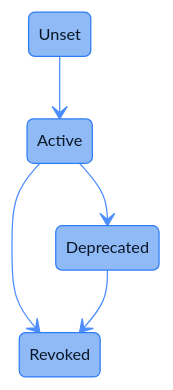
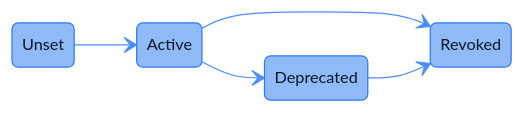
Before and after one commit to FhenixProtocol/fhenix-developer-docs: the diagram in deep-dive/cofhe-components/commitment-registry.mdx, drawn with Mermaid. The commit also changed other lines of this file, not shown here.

Commit message:
[DOCS] deep-dive/commitment-registry: reframe commitments as safety check and auditability, horizontal state diagram

````diff
--- a/deep-dive/cofhe-components/commitment-registry.mdx
+++ b/deep-dive/cofhe-components/commitment-registry.mdx
@@ -32,8 +34,9 @@
 ```mermaid
 %%{init: {"theme": "base", "themeVariables": {"fontFamily": "Menlo, Monaco, Consolas, monospace", "fontSize": "13px", "primaryColor": "#8FBAF5", "primaryBorderColor": "#2E7CF6", "primaryTextColor": "#0A1626", "lineColor": "#4C8DFF", "signalColor": "#4C8DFF", "signalTextColor": "#8FA3BF", "actorBkg": "#8FBAF5", "actorBorder": "#2E7CF6", "actorTextColor": "#0A1626", "actorLineColor": "#3D4654", "noteBkgColor": "#14171C", "noteBorderColor": "#3D4654", "noteTextColor": "#AFC3DE", "activationBkgColor": "#1E3A5F", "activationBorderColor": "#4C8DFF", "clusterBkg": "#14171C", "clusterBorder": "#3D4654", "titleColor": "#E7EAEE", "edgeLabelBackground": "#8FBAF5", "textColor": "#AFC3DE", "labelTextColor": "#E7EAEE", "tertiaryColor": "#14171C", "loopTextColor": "#AFC3DE", "labelBoxBkgColor": "#1E3A5F", "labelBoxBorderColor": "#4C8DFF"}, "sequence": {"actorFontFamily": "Menlo, Monaco, Consolas, monospace", "messageFontFamily": "Menlo, Monaco, Consolas, monospace", "noteFontFamily": "Menlo, Monaco, Consolas, monospace", "width": 220}}}%%
 stateDiagram-v2
+    direction LR
     Unset --> Active
     Active --> Deprecated
     Active --> Revoked
     Deprecated --> Revoked
 ```
````
